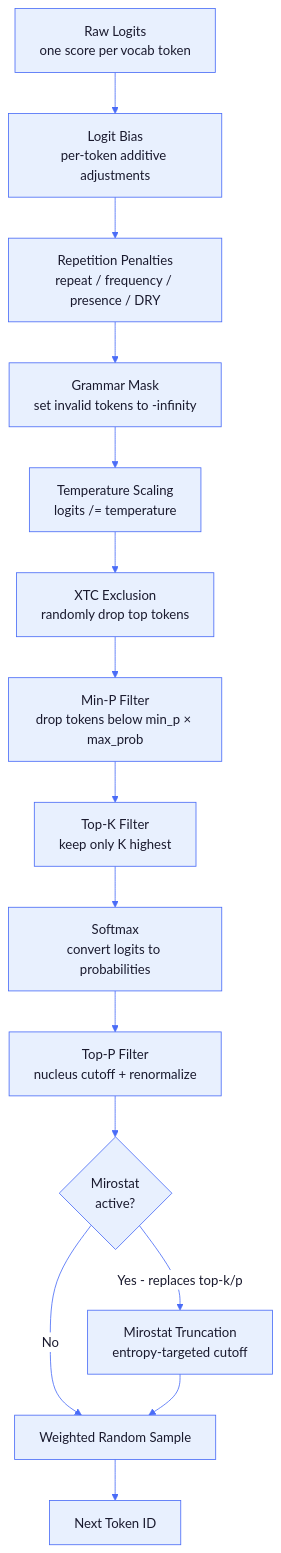
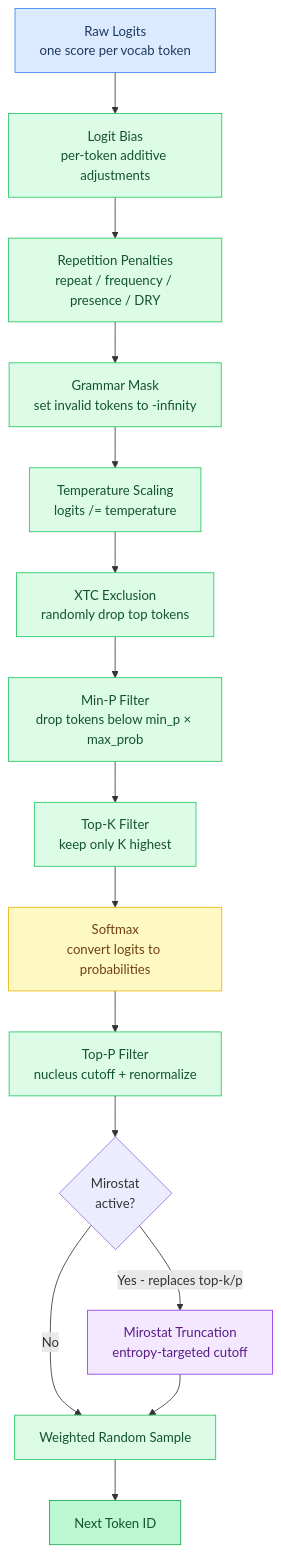
One commit to maci0/agave changed the sixth of 6 diagrams in docs/tutorial/07-sampling.md. Above: the diagram before and after it, drawn with Mermaid. The commit also changed other lines of this file and 24 other files, not shown here.

First line of the commit message:
docs: convert all mermaid diagrams to classDef semantic colors

````diff
--- a/docs/tutorial/07-sampling.md
+++ b/docs/tutorial/07-sampling.md
@@ -385,33 +396,38 @@
 ```mermaid
-%%{init: {'theme': 'base', 'themeVariables': {
-  'primaryColor': '#e8f0fe',
-  'primaryTextColor': '#1a1a2e',
-  'primaryBorderColor': '#4a6cf7',
-  'lineColor': '#4a6cf7',
-  'secondaryColor': '#f0f4ff',
-  'tertiaryColor': '#f8f9ff',
-  'edgeLabelBackground': '#ffffff',
-  'clusterBkg': '#f0f4ff',
-  'clusterBorder': '#4a6cf7',
-  'titleColor': '#1a1a2e',
-  'nodeTextColor': '#1a1a2e',
-  'fontFamily': 'ui-monospace, SFMono-Regular, monospace'
-}}}%%
 flowchart TD
-    Logits["Raw Logits\none score per vocab token"] --> Bias["Logit Bias\nper-token additive adjustments"]
-    Bias --> Penalties["Repetition Penalties\nrepeat / frequency / presence / DRY"]
-    Penalties --> Grammar["Grammar Mask\nset invalid tokens to -infinity"]
-    Grammar --> Temp["Temperature Scaling\nlogits /= temperature"]
-    Temp --> XTC["XTC Exclusion\nrandomly drop top tokens"]
-    XTC --> MinP["Min-P Filter\ndrop tokens below min_p × max_prob"]
-    MinP --> TopK["Top-K Filter\nkeep only K highest"]
-    TopK --> Softmax["Softmax\nconvert logits to probabilities"]
-    Softmax --> TopP["Top-P Filter\nnucleus cutoff + renormalize"]
+    classDef setup     fill:#dbeafe,stroke:#3b82f6,color:#1e3a5f
+    classDef sync      fill:#dcfce7,stroke:#22c55e,color:#14532d
+    classDef migration fill:#fef9c3,stroke:#eab308,color:#713f12
+    classDef success   fill:#bbf7d0,stroke:#16a34a,color:#14532d
+    classDef danger    fill:#fee2e2,stroke:#ef4444,color:#7f1d1d
+    classDef optional  fill:#f3e8ff,stroke:#9333ea,color:#581c87
+
+    Logits["Raw Logits\none score per vocab token"]:::setup
+    Bias["Logit Bias\nper-token additive adjustments"]:::sync
+    Penalties["Repetition Penalties\nrepeat / frequency / presence / DRY"]:::sync
+    Grammar["Grammar Mask\nset invalid tokens to -infinity"]:::sync
+    Temp["Temperature Scaling\nlogits /= temperature"]:::sync
+    XTC["XTC Exclusion\nrandomly drop top tokens"]:::sync
+    MinP["Min-P Filter\ndrop tokens below min_p × max_prob"]:::sync
+    TopK["Top-K Filter\nkeep only K highest"]:::sync
+    Softmax["Softmax\nconvert logits to probabilities"]:::migration
+    TopP["Top-P Filter\nnucleus cutoff + renormalize"]:::sync
+    MiroTrunc["Mirostat Truncation\nentropy-targeted cutoff"]:::optional
+    FinalSample["Weighted Random Sample"]:::sync
+    NextToken["Next Token ID"]:::success
+
+    Logits --> Bias
+    Bias --> Penalties
+    Penalties --> Grammar
+    Grammar --> Temp
+    Temp --> XTC
+    XTC --> MinP
+    MinP --> TopK
+    TopK --> Softmax
+    Softmax --> TopP
     TopP --> Mirostat{"Mirostat\nactive?"}
-    Mirostat -->|Yes - replaces top-k/p| MiroTrunc["Mirostat Truncation\nentropy-targeted cutoff"]
-    Mirostat -->|No| FinalSample["Weighted Random Sample"]
+    Mirostat -->|Yes - replaces top-k/p| MiroTrunc
+    Mirostat -->|No| FinalSample
     MiroTrunc --> FinalSample
-    FinalSample --> NextToken["Next Token ID"]
-
-
+    FinalSample --> NextToken
 ```
````
